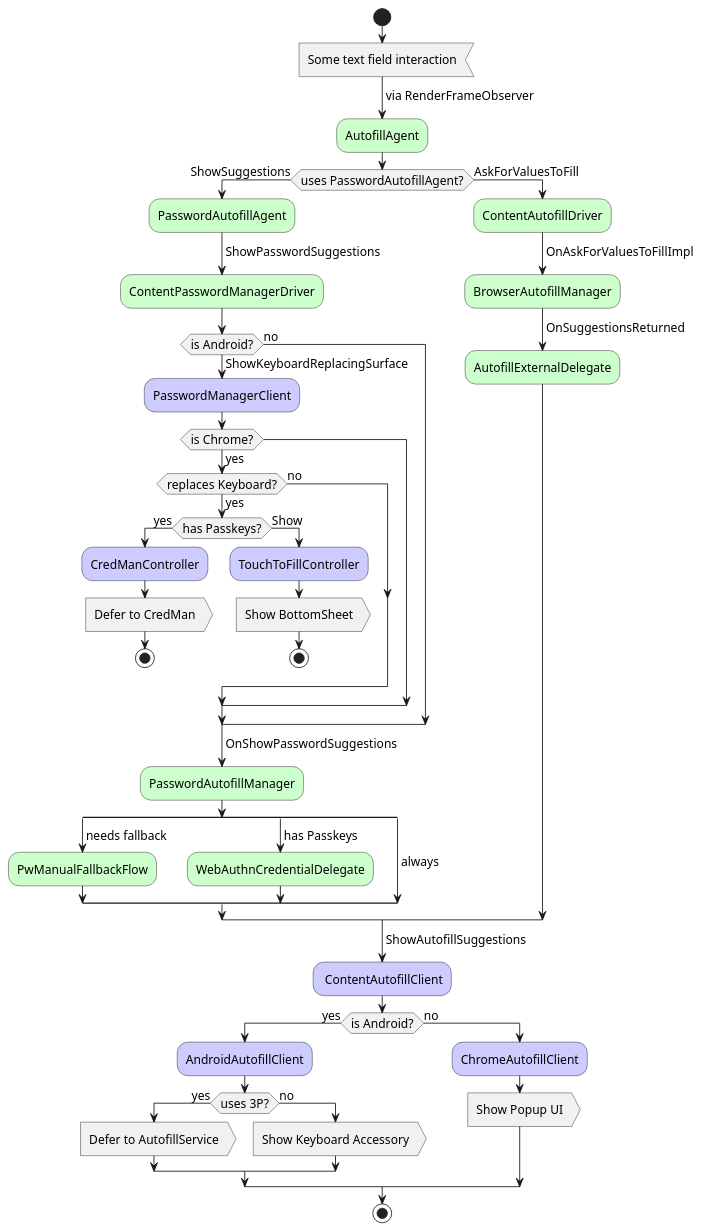
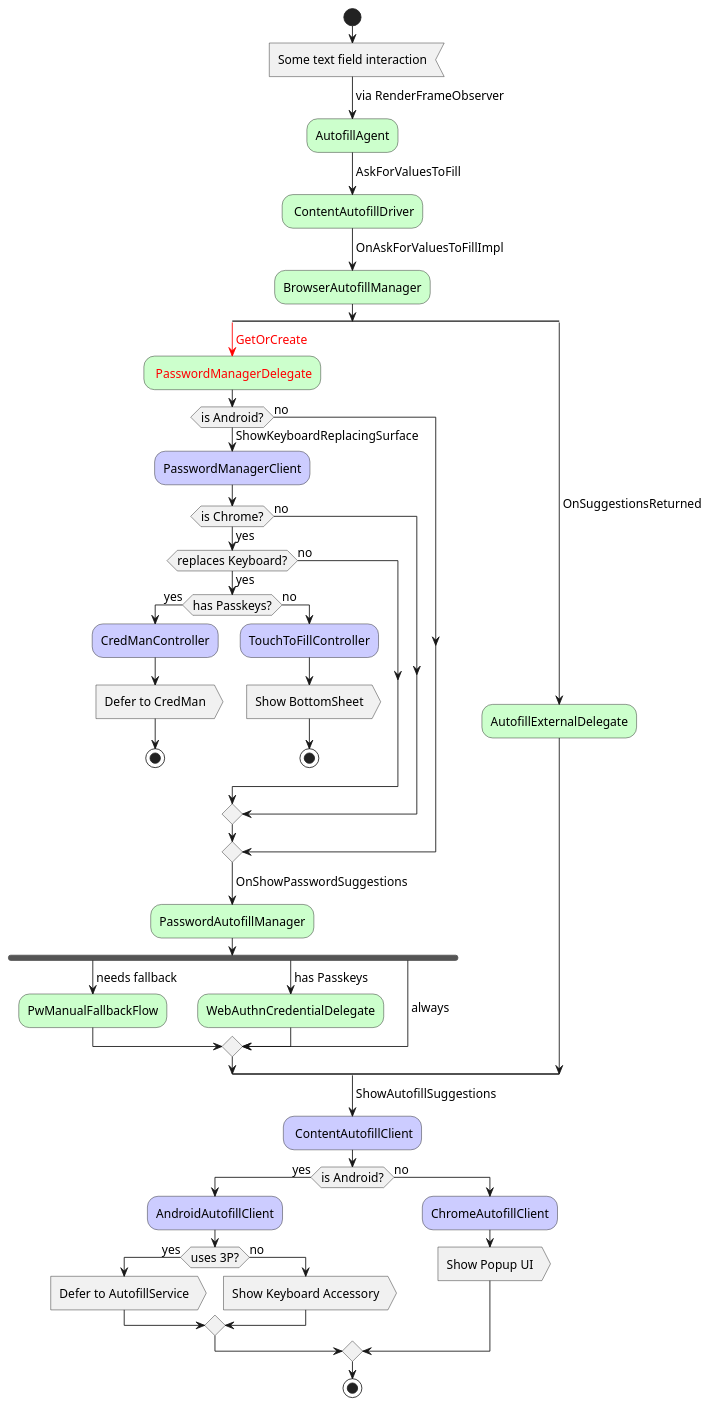
One commit to benji-cannot-code/fast-vc-chromium-benchmark-run-4 changed the diagram in components/autofill/core/browser/integrators/README_obj_suggestions.plantuml. Above: the diagram before and after it, drawn with PlantUML. The commit also changed other lines of this file and 22 other files, not shown here.

First line of the commit message:
[Autofill] Use PasswordAutofillManager as PasswordManagerDelegate

```diff
--- a/components/autofill/core/browser/integrators/README_obj_suggestions.plantuml
+++ b/components/autofill/core/browser/integrators/README_obj_suggestions.plantuml
@@ -2,79 +14,76 @@
 @startuml
 !pragma useVerticalIf on
+start
 <style>
+document {
+   BackgroundColor transparent
+}
 activityDiagram {
   FontSize 14
   FontName arial
 }
+skinparam ConditionEndStyle hline
 </style>
-start
-skinparam ConditionEndStyle hline
 
-:Some text field interaction; <<input>>
-  -> via RenderFrameObserver;
-  #CFC:AutofillAgent;
-if (uses PasswordAutofillAgent?) then
-  -> ShowSuggestions;
-  #CFC:PasswordAutofillAgent;
-  -> ShowPasswordSuggestions;
-  #CFC:ContentPasswordManagerDriver;
+:Some text field interaction<
+-> via RenderFrameObserver;
+#CFC:AutofillAgent;
+-> AskForValuesToFill;
+#CFC: ContentAutofillDriver;
+-> OnAskForValuesToFillImpl;
+#CFC:BrowserAutofillManager;
+split
+  -[#F00]-> <color:red>GetOrCreate;
+  #CFC: <color:red>PasswordManagerDelegate;
   if (is Android?) then (no)
   else (yes)
     -> ShowKeyboardReplacingSurface;
     #CCF:PasswordManagerClient;
     if (is Chrome?) then (yes)
       if (replaces Keyboard?) then (no)
       else (yes)
         if (has Passkeys?) then (yes)
           #CCF:CredManController;
-          :Defer to CredMan; <<output>>
+          :Defer to CredMan>
           stop
         else (no)
-          -> Show;
           #CCF:TouchToFillController;
-          :Show BottomSheet; <<output>>
+          :Show BottomSheet>
           stop
         endif
       endif
+    else (no)
     endif
   endif
   -> OnShowPasswordSuggestions;
   #CFC:PasswordAutofillManager;
-  split
-  'if (uses Fallback Flow?) then (yes)
+  fork
     -> needs fallback;
     #CFC:PwManualFallbackFlow;
-  split again
-  'elseif (has Passkeys) then (yes)
+  fork again
     -> has Passkeys;
     #CFC:WebAuthnCredentialDelegate;
-  'endif
-  split again
+  fork again
     -> always;
-  end split
-else
-  -> AskForValuesToFill;
-  #CFC:ContentAutofillDriver;
-  -> OnAskForValuesToFillImpl;
-  #CFC:BrowserAutofillManager;
-  -> OnSuggestionsReturned;
-  #CFC:AutofillExternalDelegate;
-endif
-
+  end merge
+split again
+-> OnSuggestionsReturned;
+#CFC:AutofillExternalDelegate;
+end split
 -> ShowAutofillSuggestions;
 #CCF: ContentAutofillClient;
 
 if (is Android?) then (yes)
   #CCF:AndroidAutofillClient;
   if (uses 3P?) then (yes)
-    :Defer to AutofillService; <<output>>
+    :Defer to AutofillService>
   else (no)
-    :Show Keyboard Accessory; <<output>>
+    :Show Keyboard Accessory>
   endif
 else (no)
   #CCF:ChromeAutofillClient;
-  :Show Popup UI; <<output>>
+  :Show Popup UI>
 endif
 
 stop
 @enduml
```
